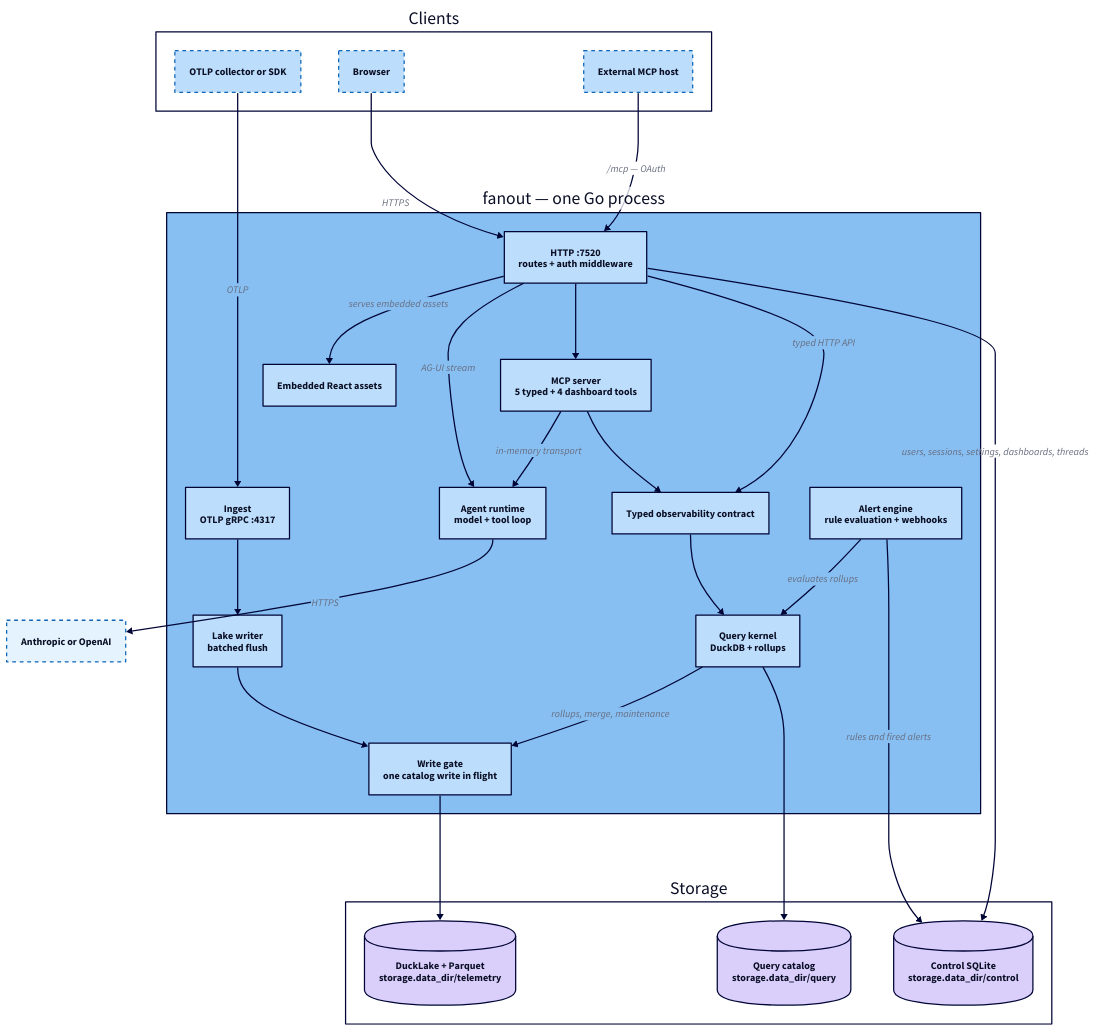
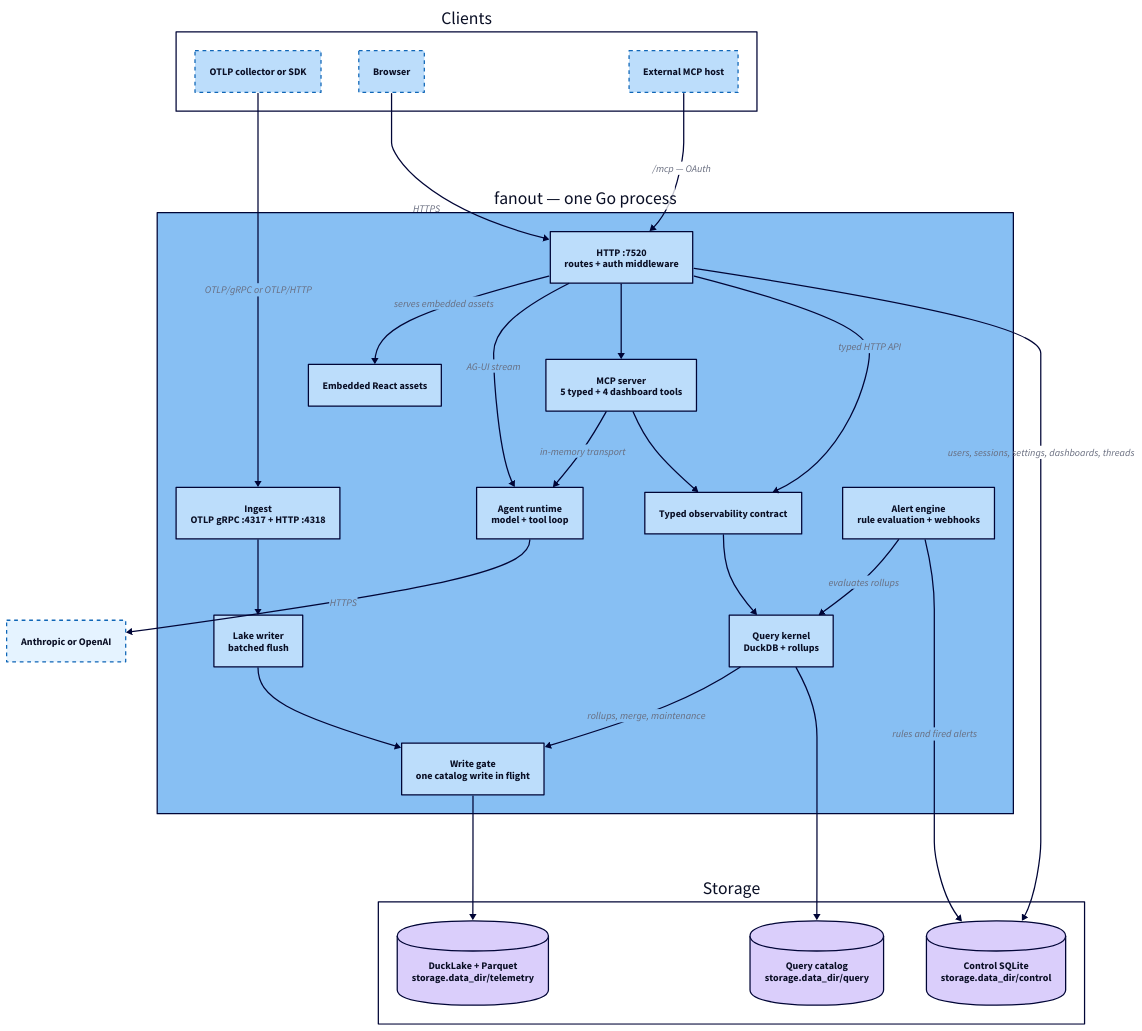
Before and after one commit to labstack/fanout: the diagram in docs/diagrams/architecture.d2, drawn with D2. The commit also changed 42 other files, not shown here.

```diff
--- a/docs/diagrams/architecture.d2
+++ b/docs/diagrams/architecture.d2
@@ -1,64 +1,64 @@
 # Fanout runtime architecture: what one process owns, and how a request reaches
 # storage. Render with `just diagrams`; commit the SVG beside this file.
 
 vars: {
   d2-config: {
     layout-engine: dagre
     theme-id: 5
   }
 }
 
 direction: down
 
 clients: Clients {
   style.fill: transparent
   collector: "OTLP collector or SDK" {style.stroke-dash: 3}
   browser: Browser {style.stroke-dash: 3}
   ext: "External MCP host" {style.stroke-dash: 3}
 }
 
 fanout: "fanout — one Go process" {
   style.stroke-width: 2
 
   http: "HTTP :7520\nroutes + auth middleware"
-  ingest: "Ingest\nOTLP gRPC :4317"
+  ingest: "Ingest\nOTLP gRPC :4317 + HTTP :4318"
   ui: "Embedded React assets"
   agent: "Agent runtime\nmodel + tool loop"
   mcp: "MCP server\n5 typed + 4 dashboard tools"
   obs: "Typed observability contract"
   lake: "Lake writer\nbatched flush"
   query: "Query kernel\nDuckDB + rollups"
   gate: "Write gate\none catalog write in flight" {style.stroke-width: 2}
   alert: "Alert engine\nrule evaluation + webhooks"
 
   ingest -> lake
   http -> ui: serves embedded assets
   http -> agent: AG-UI stream
   http -> mcp
   mcp -> agent: in-memory transport
   mcp -> obs
   http -> obs: typed HTTP API
   obs -> query
   alert -> query: evaluates rollups
   lake -> gate
   query -> gate: "rollups, merge, maintenance"
 }
 
 store: Storage {
   style.fill: transparent
   telemetry: "DuckLake + Parquet\nstorage.data_dir/telemetry" {shape: cylinder}
   qstate: "Query catalog\nstorage.data_dir/query" {shape: cylinder}
   control: "Control SQLite\nstorage.data_dir/control" {shape: cylinder}
 }
 
 model: "Anthropic or OpenAI" {style.stroke-dash: 3}
 
-clients.collector -> fanout.ingest: OTLP
+clients.collector -> fanout.ingest: "OTLP/gRPC or OTLP/HTTP"
 clients.browser -> fanout.http: HTTPS
 clients.ext -> fanout.http: "/mcp — OAuth"
 
 fanout.gate -> store.telemetry
 fanout.query -> store.qstate
 fanout.http -> store.control: "users, sessions, settings, dashboards, threads"
 fanout.alert -> store.control: "rules and fired alerts"
 fanout.agent -> model: HTTPS
```
